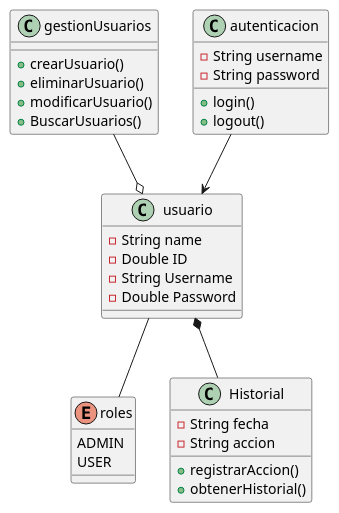
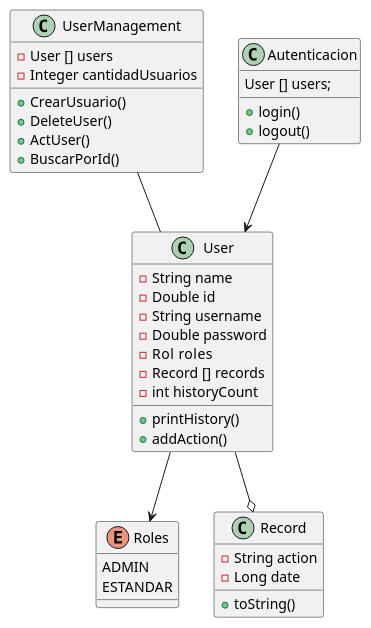
The diagram in UML/GestionDeUsuarios.plantuml (Santiagotorres2000/PFM2), drawn with PlantUML before and after one commit. The commit also changed 4 other files, not shown here.

```diff
--- a/UML/GestionDeUsuarios.plantuml
+++ b/UML/GestionDeUsuarios.plantuml
@@ -1,42 +1,49 @@
 @startuml
 
-class usuario{
+class User{
    - String name
-   - Double ID
-   - String Username
-   - Double Password
+   - Double id
+   - String username
+   - Double password
+   - Rol  roles
+   - Record [] records
+   - int historyCount
+   + printHistory()
+   + addAction()
+
+
 
 }
-class gestionUsuarios{
-   + crearUsuario()
-   + eliminarUsuario()
-   + modificarUsuario()
-   + BuscarUsuarios()
+class UserManagement{
+   - User [] users
+   - Integer cantidadUsuarios
+   + CrearUsuario()
+   + DeleteUser()
+   + ActUser()
+   + BuscarPorId()
 }
-enum roles{
+enum Roles{
     ADMIN
-    USER
+    ESTANDAR
 }
-class Historial{
-   - String fecha
-   - String accion
-   + registrarAccion()
-   + obtenerHistorial()
+class Record{
+   - String action
+   - Long date
+   + toString()
 }
 
-class autenticacion{
-   - String username
-   - String password
+class Autenticacion{
+   User [] users;
    + login()
    + logout()
 }
 
-usuario -- roles
-usuario *-- Historial
-autenticacion --> usuario
-gestionUsuarios --o usuario
+User --> Roles
+User --o Record
+Autenticacion --> User
+UserManagement -- User
 
 
 
 
 @enduml
```
